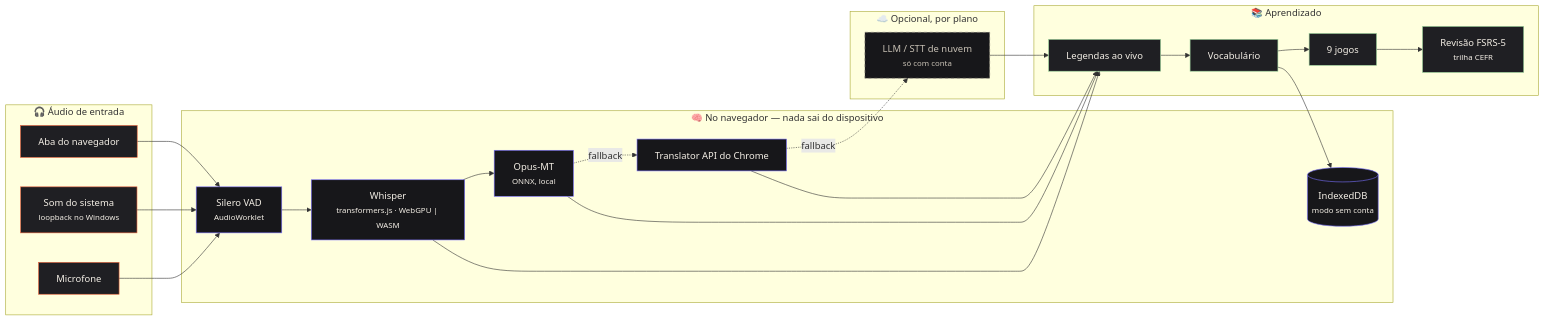
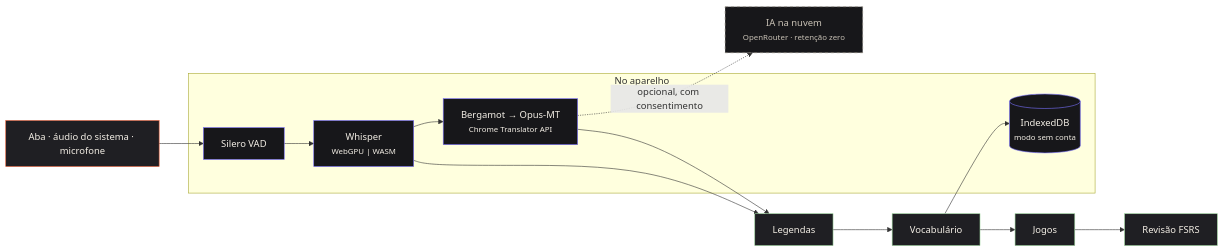
Before and after one commit to GuilhermeLVL/babel-play: the diagram in README.pt-BR.md, drawn with Mermaid. The commit also changed other lines of this file and 9 other files, not shown here.

````diff
--- a/README.pt-BR.md
+++ b/README.pt-BR.md
@@ -45,39 +60,19 @@
 ```mermaid
 flowchart LR
     classDef src fill:#1f1f23,stroke:#e85d36,color:#f4efe6
     classDef local fill:#17171a,stroke:#7a70ff,color:#f4efe6
     classDef cloud fill:#17171a,stroke:#8f887c,color:#c9c2b6,stroke-dasharray:5
     classDef out fill:#1f1f23,stroke:#9ad29a,color:#f4efe6
 
-    subgraph IN["🎧 Áudio de entrada"]
-        A1[Aba do navegador]:::src
-        A2[Som do sistema<br/><small>loopback no Windows</small>]:::src
-        A3[Microfone]:::src
+    A["Aba · áudio do sistema · microfone"]:::src --> VAD["Silero VAD"]:::local
+    subgraph DEVICE["No aparelho"]
+        VAD --> STT["Whisper<br/><small>WebGPU | WASM</small>"]:::local
+        STT --> MT["Bergamot → Opus-MT<br/><small>Chrome Translator API</small>"]:::local
+        DB[("IndexedDB<br/><small>modo sem conta</small>")]:::local
     end
-
-    subgraph BROWSER["🧠 No navegador — nada sai do dispositivo"]
-        VAD["Silero VAD<br/><small>AudioWorklet</small>"]:::local
-        STT["Whisper<br/><small>transformers.js · WebGPU | WASM</small>"]:::local
-        MT1["Opus-MT<br/><small>ONNX, local</small>"]:::local
-        MT2["Translator API do Chrome"]:::local
-        STORE[("IndexedDB<br/><small>modo sem conta</small>")]:::local
-    end
-
-    subgraph CLOUD["☁️ Opcional, por plano"]
-        MT3["LLM / STT de nuvem<br/><small>só com conta</small>"]:::cloud
-    end
-
-    subgraph OUT["📚 Aprendizado"]
-        CAP[Legendas ao vivo]:::out
-        VOC[Vocabulário]:::out
-        GAMES[9 jogos]:::out
-        SRS["Revisão FSRS-5<br/><small>trilha CEFR</small>"]:::out
-    end
-
-    A1 & A2 & A3 --> VAD --> STT
-    STT --> MT1 -. fallback .-> MT2 -. fallback .-> MT3
-    STT --> CAP
-    MT1 & MT2 & MT3 --> CAP
-    CAP --> VOC --> GAMES --> SRS
-    VOC --> STORE
+    MT -. "opcional, com consentimento" .-> CLOUD["IA na nuvem<br/><small>OpenRouter · retenção zero</small>"]:::cloud
+    STT --> CAP["Legendas"]:::out
+    MT --> CAP
+    CAP --> VOC["Vocabulário"]:::out --> GAMES["Jogos"]:::out --> SRS["Revisão FSRS"]:::out
+    VOC --> DB
 ```
````
